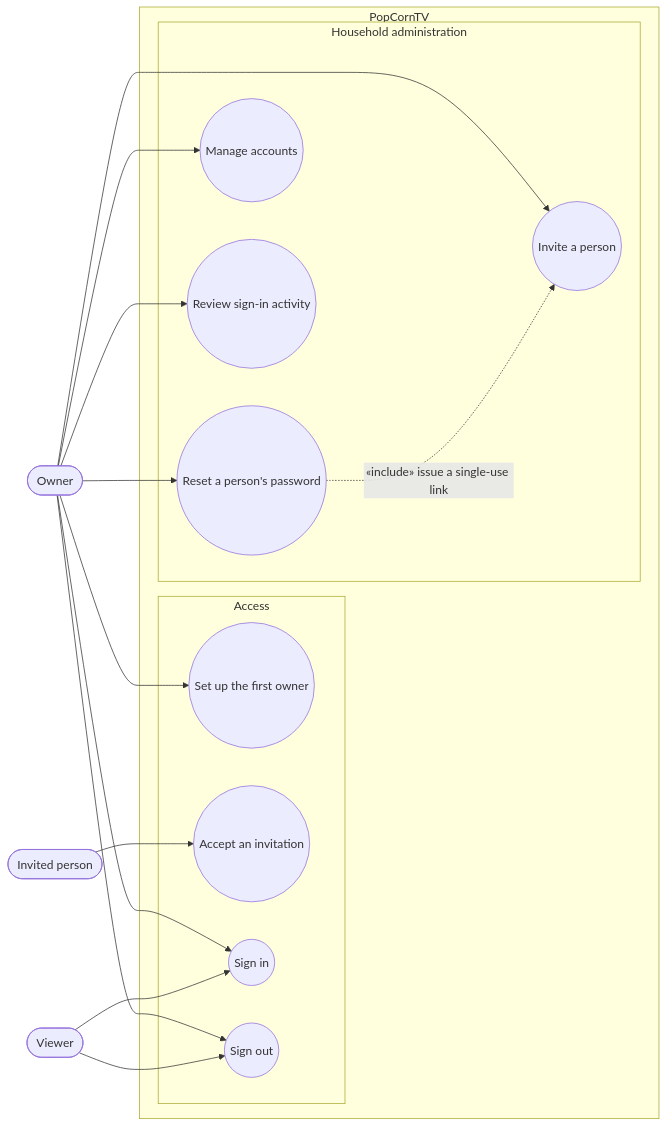
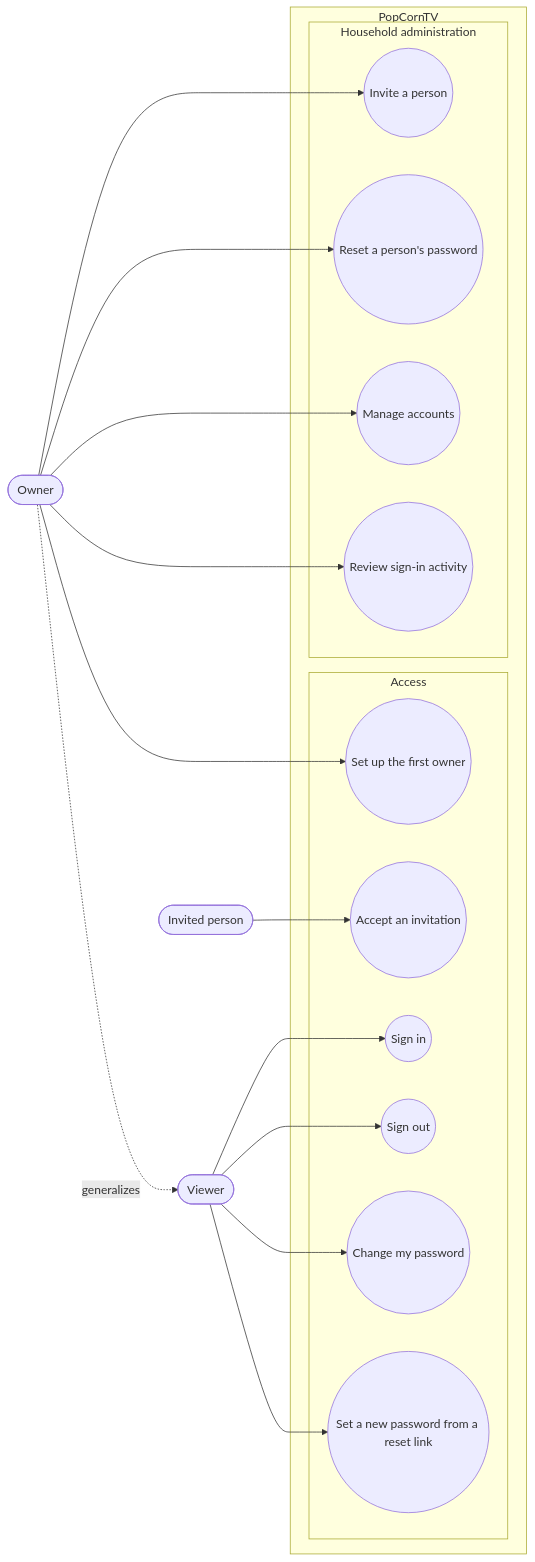
The diagram in docs/architecture/diagrams/auth/01-use-case.md (benoit-bremaud/popcorntv), drawn with Mermaid before and after one commit. The commit also changed other lines of this file and 11 other files, not shown here.

````diff
--- a/docs/architecture/diagrams/auth/01-use-case.md
+++ b/docs/architecture/diagrams/auth/01-use-case.md
@@ -15,34 +16,35 @@
 ```mermaid
 flowchart LR
+  Viewer(["Viewer"])
   Owner(["Owner"])
-  Viewer(["Viewer"])
   Guest(["Invited person"])
+  Owner -. "generalizes" .-> Viewer
 
   subgraph PopCornTV["PopCornTV"]
     subgraph Access["Access"]
       UC11(("Set up the first owner"))
       UC12(("Accept an invitation"))
       UC13(("Sign in"))
       UC14(("Sign out"))
+      UC19(("Change my password"))
+      UC20(("Set a new password from a reset link"))
     end
     subgraph Admin["Household administration"]
       UC15(("Invite a person"))
       UC16(("Reset a person's password"))
       UC17(("Manage accounts"))
       UC18(("Review sign-in activity"))
     end
   end
 
+  Viewer --> UC13
+  Viewer --> UC14
+  Viewer --> UC19
+  Viewer --> UC20
+  Guest --> UC12
   Owner --> UC11
-  Owner --> UC13
-  Owner --> UC14
   Owner --> UC15
   Owner --> UC16
   Owner --> UC17
   Owner --> UC18
-  Viewer --> UC13
-  Viewer --> UC14
-  Guest --> UC12
-
-  UC16 -. "«include» issue a single-use link" .-> UC15
 ```
````
